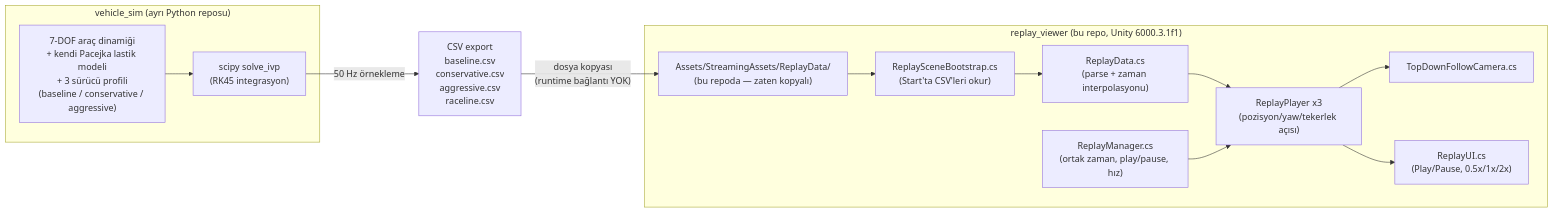
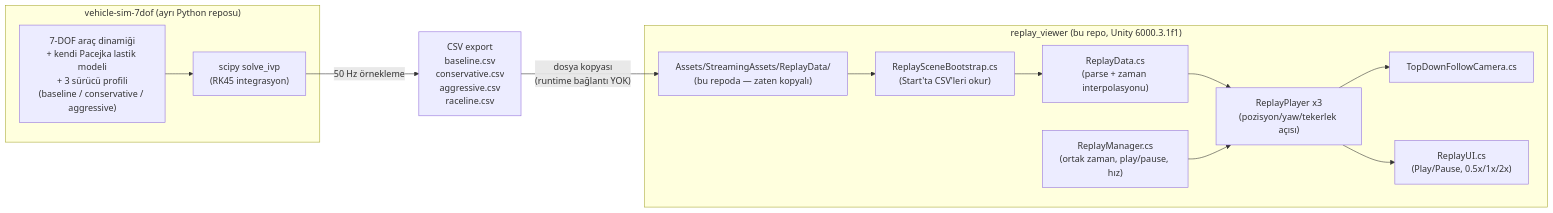
The diagram in README.md (NightKnight-nx2/replay-viewer-for-vehicle-sim-7dof), drawn with Mermaid before and after one commit. The commit also changed other lines of this file, not shown here.

````diff
--- a/README.md
+++ b/README.md
@@ -31,21 +31,21 @@
 ```mermaid
 flowchart LR
-    subgraph PY["vehicle_sim (ayrı Python reposu)"]
+    subgraph PY["vehicle-sim-7dof (ayrı Python reposu)"]
         A["7-DOF araç dinamiği\n+ kendi Pacejka lastik modeli\n+ 3 sürücü profili\n(baseline / conservative / aggressive)"]
         B["scipy solve_ivp\n(RK45 integrasyon)"]
         A --> B
     end
 
     B -->|"50 Hz örnekleme"| C["CSV export\nbaseline.csv\nconservative.csv\naggressive.csv\nraceline.csv"]
 
     C -->|"dosya kopyası\n(runtime bağlantı YOK)"| D["Assets/StreamingAssets/ReplayData/\n(bu repoda — zaten kopyalı)"]
 
     subgraph UNITY["replay_viewer (bu repo, Unity 6000.3.1f1)"]
         D --> E["ReplaySceneBootstrap.cs\n(Start'ta CSV'leri okur)"]
         E --> F["ReplayData.cs\n(parse + zaman interpolasyonu)"]
         F --> G["ReplayPlayer x3\n(pozisyon/yaw/tekerlek açısı)"]
         H["ReplayManager.cs\n(ortak zaman, play/pause, hız)"] --> G
         G --> I["TopDownFollowCamera.cs"]
         G --> J["ReplayUI.cs\n(Play/Pause, 0.5x/1x/2x)"]
     end
 ```
````
